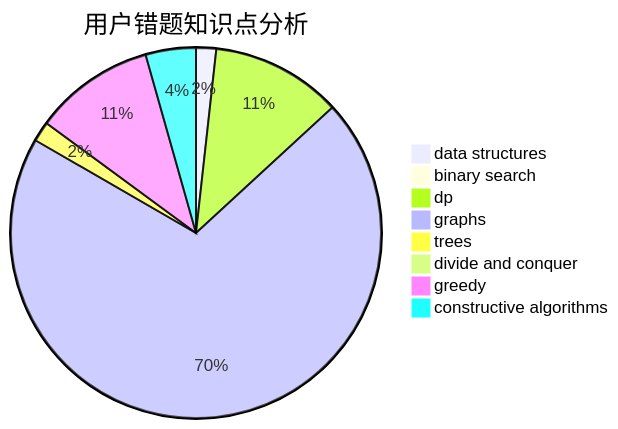
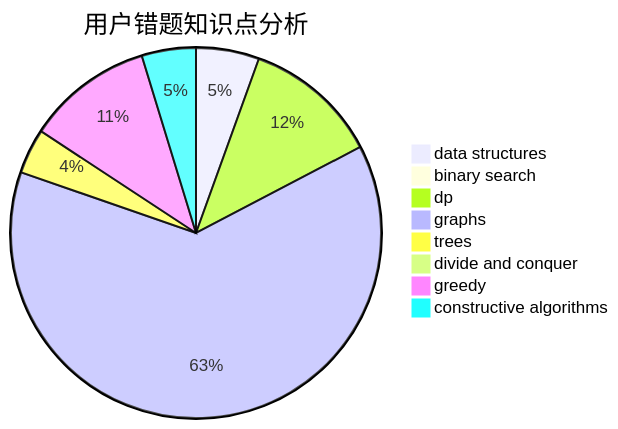
The third of 3 diagrams in docs/user/u2420.md (sherpahu/cfrs.github.io), drawn with Mermaid before and after one commit. The commit also changed other lines of this file and 2770 other files, not shown here.

````diff
--- a/docs/user/u2420.md
+++ b/docs/user/u2420.md
@@ -36,11 +36,11 @@
 ```mermaid
 pie title 用户错题知识点分析
-    "data structures" :  2
-    "binary search" :  0
-    "dp" :  13
+    "data structures" :  7
+    "binary search" :  1
+    "dp" :  15
     "graphs" :  80
-    "trees" :  2
+    "trees" :  5
     "divide and conquer" :  0
-    "greedy" :  12
-    "constructive algorithms" :  5
+    "greedy" :  14
+    "constructive algorithms" :  6
 ```
````
